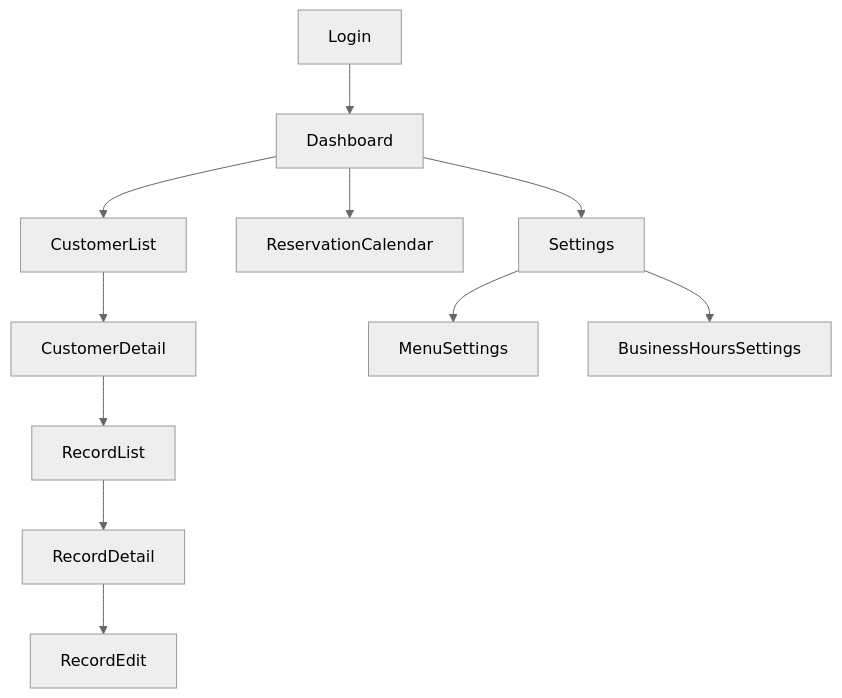
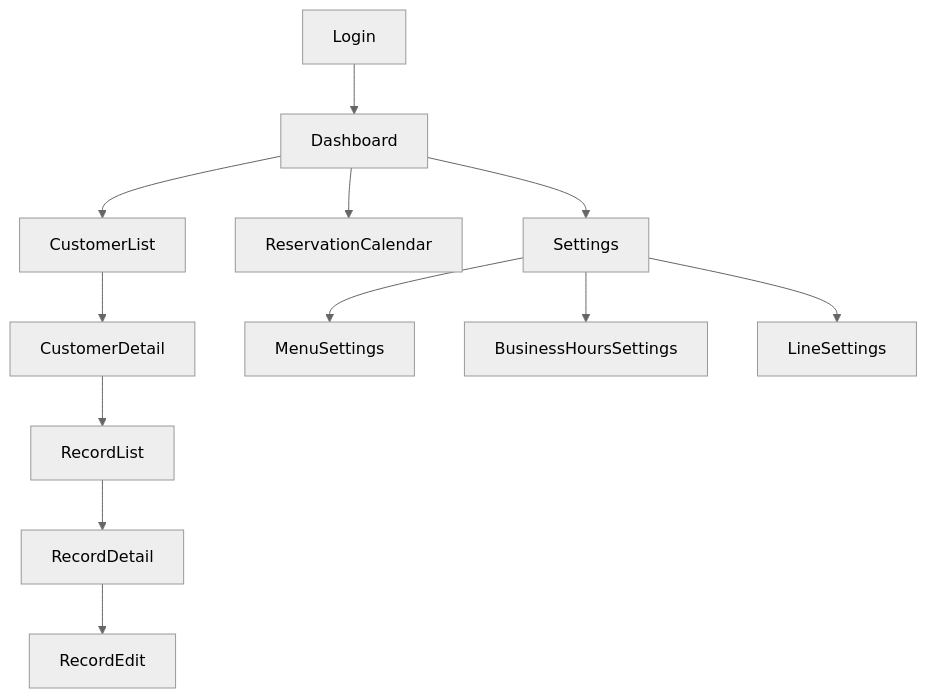
The diagram in docs/ui/navigation.md (realizeworks0701-ux/realize-beauty), drawn with Mermaid (neutral theme) before and after one commit. The commit also changed other lines of this file and 18 other files, not shown here.

````diff
--- a/docs/ui/navigation.md
+++ b/docs/ui/navigation.md
@@ -3,23 +3,25 @@
 ```mermaid
 flowchart TD
 
 Login --> Dashboard
 
 Dashboard --> CustomerList
 
 CustomerList --> CustomerDetail
 
 CustomerDetail --> RecordList
 
 RecordList --> RecordDetail
 
 RecordDetail --> RecordEdit
 
 Dashboard --> ReservationCalendar
 
 Dashboard --> Settings
 
 Settings --> MenuSettings
 
 Settings --> BusinessHoursSettings
+
+Settings --> LineSettings
 ```
````
